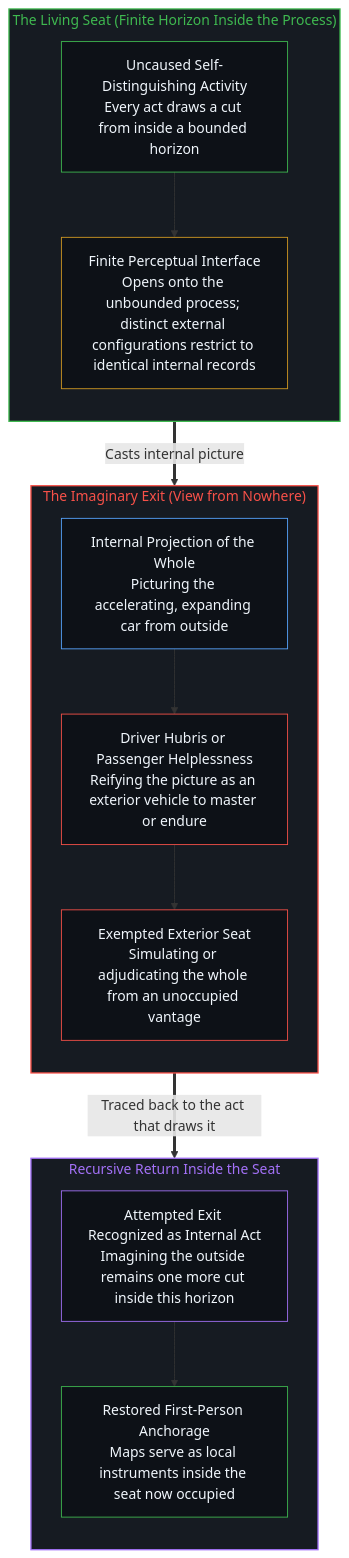
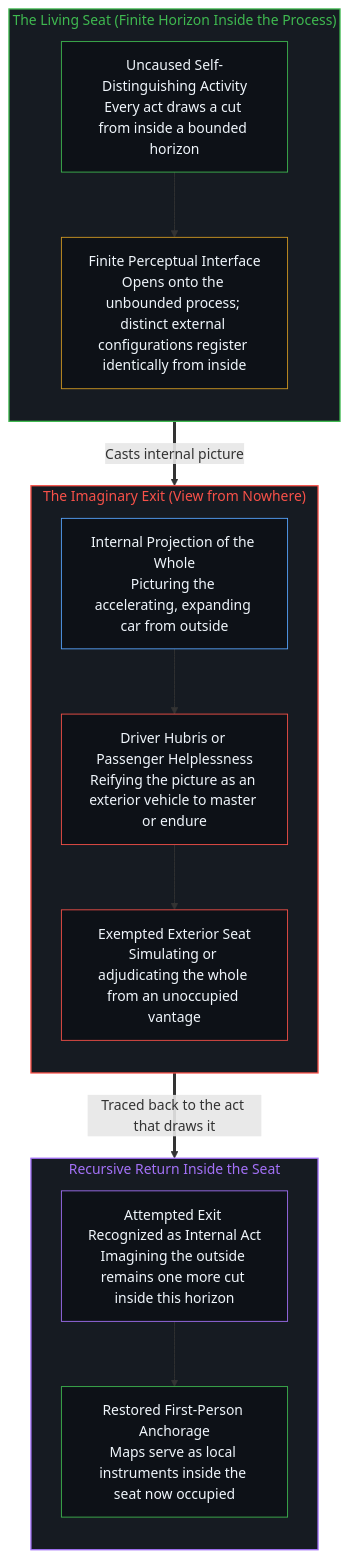
The second of 4 diagrams in content/posts/infinity-within-the-seat.md (powerpig99/not-a-toe), drawn with Mermaid before and after one commit. The commit also changed other lines of this file and 24 other files, not shown here.

````diff
--- a/content/posts/infinity-within-the-seat.md
+++ b/content/posts/infinity-within-the-seat.md
@@ -62,34 +62,34 @@
 ```mermaid
 flowchart TD
     subgraph S_Seat["The Living Seat (Finite Horizon Inside the Process)"]
         direction TB
         M_Act["Uncaused Self-Distinguishing Activity<br/>Every act draws a cut from inside a bounded horizon"]
-        M_Horizon["Finite Perceptual Interface<br/>Opens onto the unbounded process; distinct external configurations restrict to identical internal records"]
+        M_Horizon["Finite Perceptual Interface<br/>Opens onto the unbounded process; distinct external configurations register identically from inside"]
         M_Act --> M_Horizon
     end
     subgraph S_Exit["The Imaginary Exit (View from Nowhere)"]
         direction TB
         E_Map["Internal Projection of the Whole<br/>Picturing the accelerating, expanding car from outside"]
         E_Poles["Driver Hubris or Passenger Helplessness<br/>Reifying the picture as an exterior vehicle to master or endure"]
         E_Throne["Exempted Exterior Seat<br/>Simulating or adjudicating the whole from an unoccupied vantage"]
         E_Map --> E_Poles --> E_Throne
     end
     subgraph S_Return["Recursive Return Inside the Seat"]
         direction TB
         R_Fold["Attempted Exit Recognized as Internal Act<br/>Imagining the outside remains one more cut inside this horizon"]
         R_Anchor["Restored First-Person Anchorage<br/>Maps serve as local instruments inside the seat now occupied"]
         R_Fold --> R_Anchor
     end
     M_Horizon ==>|"Casts internal picture"| E_Map
     E_Throne ==>|"Traced back to the act that draws it"| R_Fold
     style S_Seat fill:#161b22,stroke:#3fb950,stroke-width:1.5px,color:#3fb950
     style S_Exit fill:#161b22,stroke:#f85149,stroke-width:1.5px,color:#f85149
     style S_Return fill:#161b22,stroke:#a371f7,stroke-width:1.5px,color:#a371f7
     style M_Act fill:#0d1117,stroke:#3fb950,stroke-width:1px,color:#f0f6fc
     style M_Horizon fill:#0d1117,stroke:#d29922,stroke-width:1px,color:#f0f6fc
     style E_Map fill:#0d1117,stroke:#58a6ff,stroke-width:1px,color:#f0f6fc
     style E_Poles fill:#0d1117,stroke:#f85149,stroke-width:1px,color:#f0f6fc
     style E_Throne fill:#0d1117,stroke:#f85149,stroke-width:1px,color:#f0f6fc
     style R_Fold fill:#0d1117,stroke:#a371f7,stroke-width:1px,color:#f0f6fc
     style R_Anchor fill:#0d1117,stroke:#3fb950,stroke-width:1px,color:#f0f6fc
 ```
````
